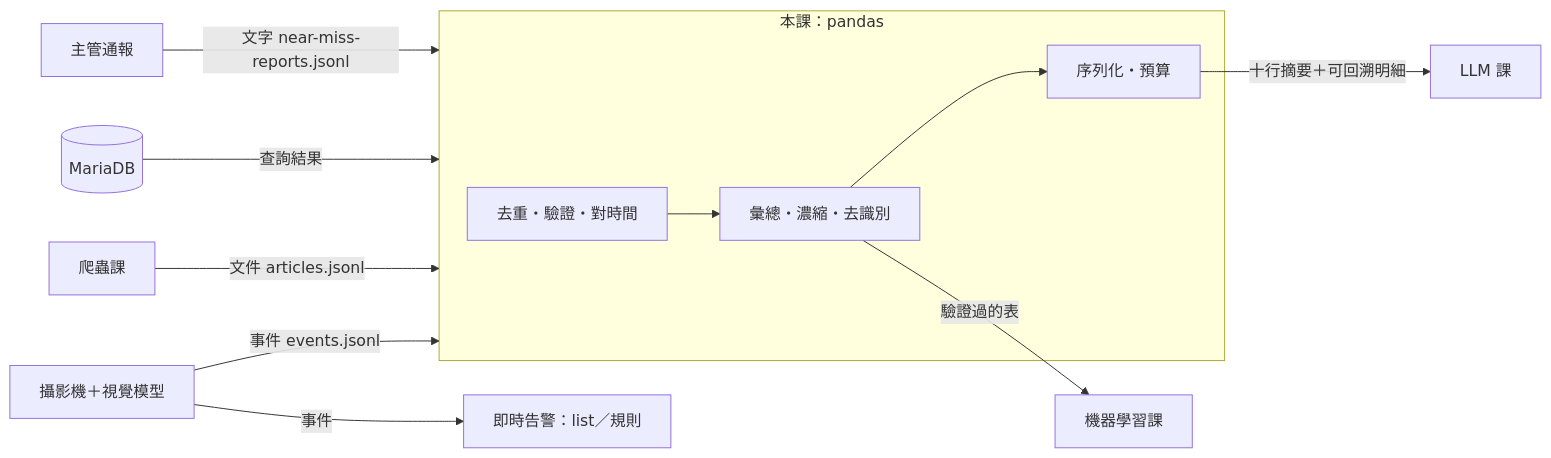
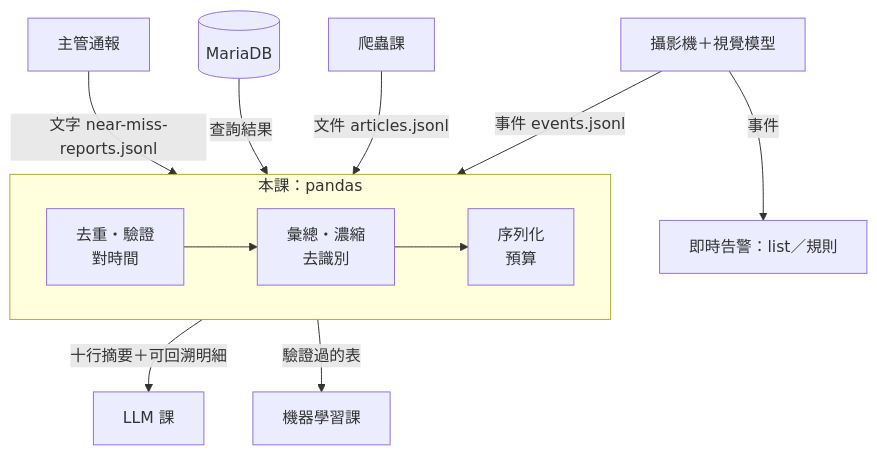
One commit to 4-learn/data-analysis-and-process-demo changed diagram 11 of 11 in 2026/01-position.md. Above: the diagram before and after it, drawn with Mermaid. The commit also changed other lines of this file and 189 other files, not shown here.

````diff
--- a/2026/01-position.md
+++ b/2026/01-position.md
@@ -327,13 +598,14 @@
-  ```mermaid
-  flowchart LR
-    cam[攝影機＋視覺模型] -->|事件| rt[即時告警：list／規則]
-    cam -->|事件 events.jsonl| DA
-    crawl[爬蟲課] -->|文件 articles.jsonl| DA
-    db[(MariaDB)] -->|查詢結果| DA
-    boss[主管通報] -->|文字 near-miss-reports.jsonl| DA
-    subgraph DA[本課：pandas]
-      clean[去重・驗證・對時間] --> agg[彙總・濃縮・去識別] --> ser[序列化・預算]
-    end
-    ser -->|十行摘要＋可回溯明細| LLM[LLM 課]
-    agg -->|驗證過的表| ML[機器學習課]
-  ```
+```mermaid
+flowchart TD
+  cam[攝影機＋視覺模型] -->|事件| rt[即時告警：list／規則]
+  cam -->|事件 events.jsonl| DA
+  crawl[爬蟲課] -->|文件 articles.jsonl| DA
+  db[(MariaDB)] -->|查詢結果| DA
+  boss[主管通報] -->|文字 near-miss-reports.jsonl| DA
+  subgraph DA[本課：pandas]
+    direction LR
+    clean[去重・驗證<br/>對時間] --> agg[彙總・濃縮<br/>去識別] --> ser[序列化<br/>預算]
+  end
+  ser -->|十行摘要＋可回溯明細| LLM[LLM 課]
+  agg -->|驗證過的表| ML[機器學習課]
+```
````
